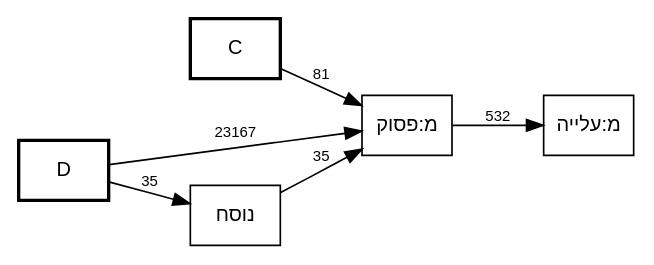
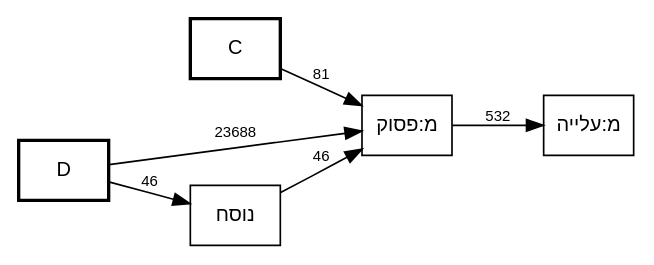
Before and after one commit to bdenckla/MAM-basics: the diagram in out/MAM-tmpl-survey/plain-pasuk-call-graph.dot, drawn with Graphviz. The commit also changed 11 other files, not shown here.

First line of the commit message:
Scope focused call-graph edge counts to target-involving stacks

```diff
--- a/out/MAM-tmpl-survey/plain-pasuk-call-graph.dot
+++ b/out/MAM-tmpl-survey/plain-pasuk-call-graph.dot
@@ -1,23 +1,23 @@
 // This file was generated by MAM-basics/py/main_tmpl_survey.py.
 // Do not edit by hand.
 digraph template_call_graph {
     rankdir=LR;
     node [fontname="SBL Hebrew,Helvetica", fontsize=12];
     edge [fontname="Helvetica", fontsize=9];
     graph [comment="This file was generated by MAM-basics/py/main_tmpl_survey.py."];
 
     // Column nodes
     node [shape=box, style=bold];
     "C";
     "D";
 
     // Template nodes
     node [shape=box, style=""];
 
     // Edges
     "C" -> "מ:פסוק" [label="81"];
-    "D" -> "מ:פסוק" [label="23167"];
-    "D" -> "נוסח" [label="35"];
+    "D" -> "מ:פסוק" [label="23688"];
+    "D" -> "נוסח" [label="46"];
     "מ:פסוק" -> "מ:עלייה" [label="532"];
-    "נוסח" -> "מ:פסוק" [label="35"];
+    "נוסח" -> "מ:פסוק" [label="46"];
 }
```
